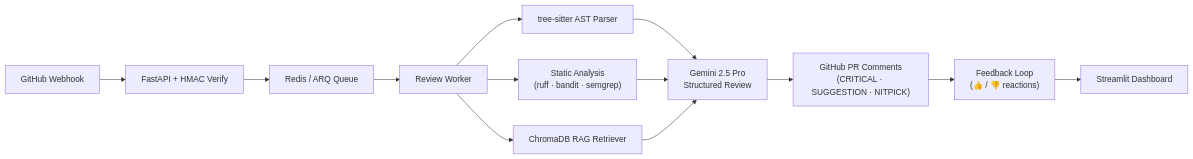
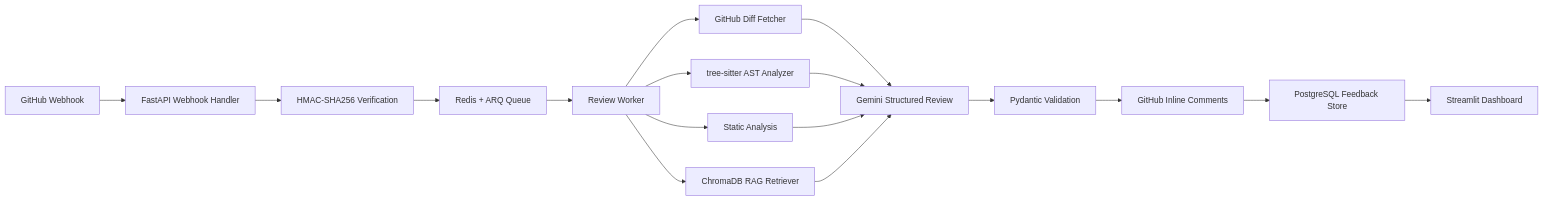
One commit to Sparky0408/codereview-agent changed the diagram in README.md. Above: the diagram before and after it, drawn with Mermaid. The commit also changed other lines of this file, not shown here.

````diff
--- a/README.md
+++ b/README.md
@@ -66,13 +68,16 @@
 ```mermaid
 flowchart LR
-    A["GitHub Webhook"] --> B["FastAPI + HMAC Verify"]
-    B --> C["Redis / ARQ Queue"]
-    C --> D["Review Worker"]
-    D --> E["tree-sitter AST Parser"]
-    D --> F["Static Analysis\n(ruff · bandit · semgrep)"]
-    D --> G["ChromaDB RAG Retriever"]
-    E & F & G --> H["Gemini 2.5 Pro\nStructured Review"]
-    H --> I["GitHub PR Comments\n(CRITICAL · SUGGESTION · NITPICK)"]
-    I --> J["Feedback Loop\n(👍 / 👎 reactions)"]
-    J --> K["Streamlit Dashboard"]
+    A["GitHub Webhook"] --> B["FastAPI Webhook Handler"]
+    B --> C["HMAC-SHA256 Verification"]
+    C --> D["Redis + ARQ Queue"]
+    D --> E["Review Worker"]
+    E --> F["GitHub Diff Fetcher"]
+    E --> G["tree-sitter AST Analyzer"]
+    E --> H["Static Analysis"]
+    E --> I["ChromaDB RAG Retriever"]
+    F & G & H & I --> J["Gemini Structured Review"]
+    J --> K["Pydantic Validation"]
+    K --> L["GitHub Inline Comments"]
+    L --> M["PostgreSQL Feedback Store"]
+    M --> N["Streamlit Dashboard"]
 ```
````
